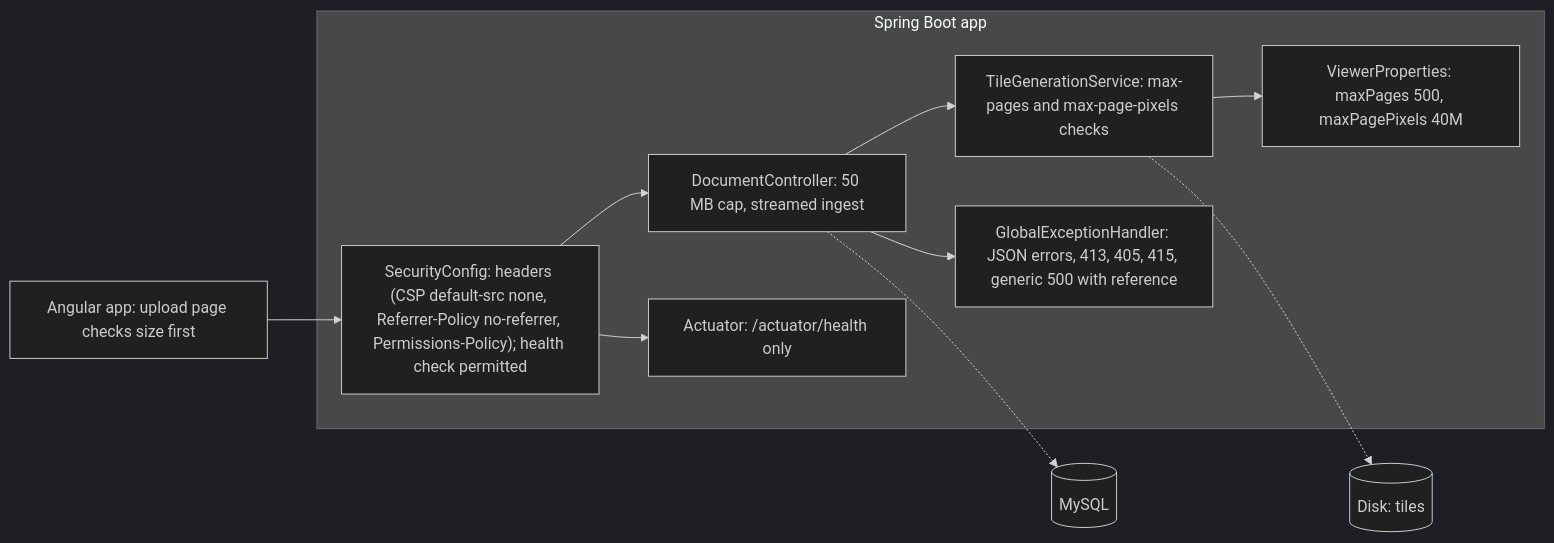
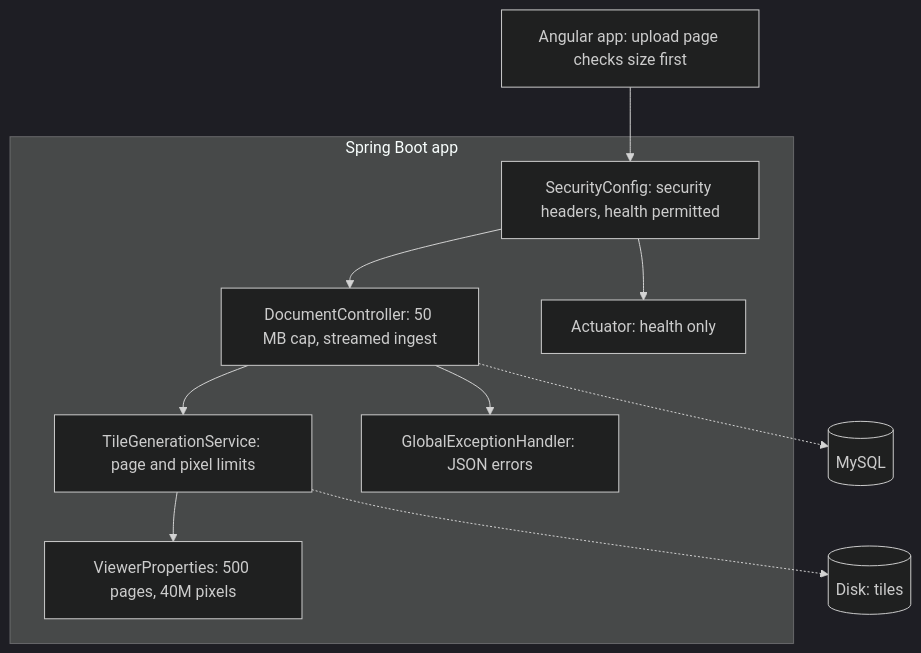
One commit to Sriram-Codes-SW/secure-doc-viewer changed the diagram in book/blueprints/v3-hardening.md. Above: the diagram before and after it, drawn with Mermaid (dark theme). The commit also changed 31 other files, not shown here.

Commit message:
Book: interior layout design, diagram restructuring for print size, mermaid config, measure helper

````diff
--- a/book/blueprints/v3-hardening.md
+++ b/book/blueprints/v3-hardening.md
@@ -5,20 +5,20 @@
 ```mermaid
-flowchart LR
+flowchart TB
     B["Angular app: upload page checks size first"]
     subgraph API["Spring Boot app"]
-        SEC["SecurityConfig: headers (CSP default-src none, Referrer-Policy no-referrer, Permissions-Policy); health check permitted"]
+        SEC["SecurityConfig: security headers, health permitted"]
         DC["DocumentController: 50 MB cap, streamed ingest"]
-        TG["TileGenerationService: max-pages and max-page-pixels checks"]
-        GEH["GlobalExceptionHandler: JSON errors, 413, 405, 415, generic 500 with reference"]
-        VP["ViewerProperties: maxPages 500, maxPagePixels 40M"]
-        H["Actuator: /actuator/health only"]
+        TG["TileGenerationService: page and pixel limits"]
+        VP["ViewerProperties: 500 pages, 40M pixels"]
+        GEH["GlobalExceptionHandler: JSON errors"]
+        H["Actuator: health only"]
     end
     M[("MySQL")]
     D[("Disk: tiles")]
     B --> SEC --> DC --> TG
     TG -.-> D
     DC -.-> M
     DC --> GEH
     TG --> VP
     SEC --> H
 ```
````
